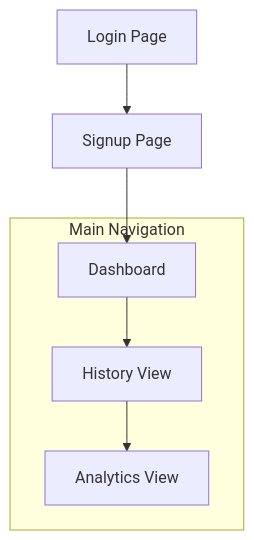
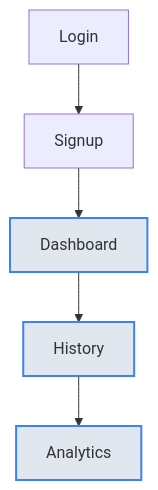
One commit to abhijeet-hudda/Focus-and-Habit-Tracker changed the second of 5 diagrams in README.md. Above: the diagram before and after it, drawn with Mermaid. The commit also changed other lines of this file, not shown here.

Commit message:
add wireframe and flowcharts

````diff
--- a/README.md
+++ b/README.md
@@ -47,12 +47,12 @@
 ```mermaid
 flowchart TD
-	L[Login Page] --> S[Signup Page]
-	S --> D[Dashboard]
-	D --> H[History View]
-	H --> A[Analytics View]
-	subgraph Main Navigation
-		D
-		H
-		A
-	end
+		L[Login] --> S[Signup]
+		S --> D[Dashboard]
+		D --> H[History]
+		H --> A[Analytics]
+		%% Main Navigation
+		D:::nav
+		H:::nav
+		A:::nav
+		classDef nav fill:#e0e7ef,stroke:#3b82f6,stroke-width:2;
 ```
````
